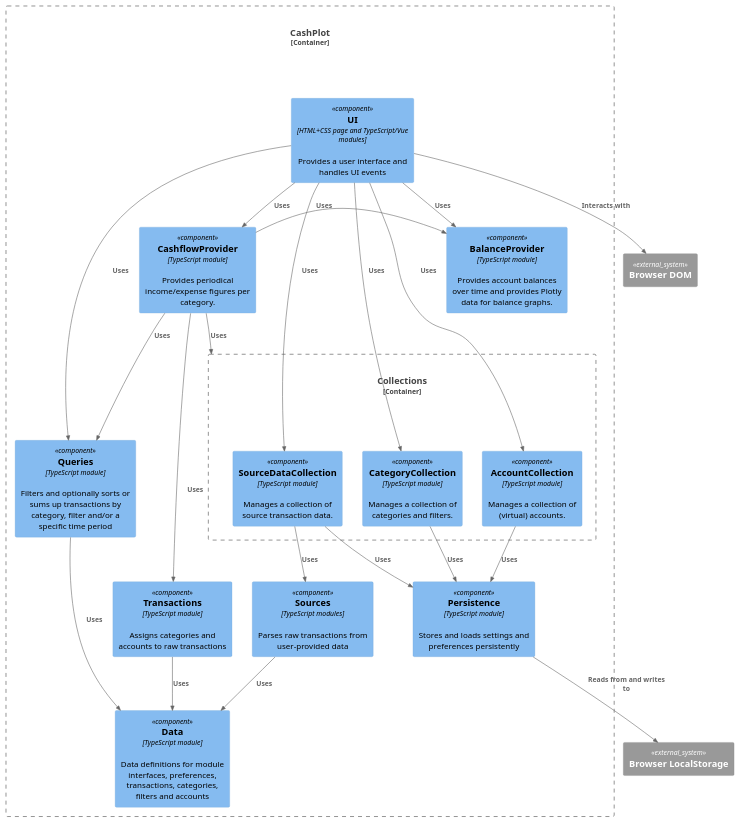
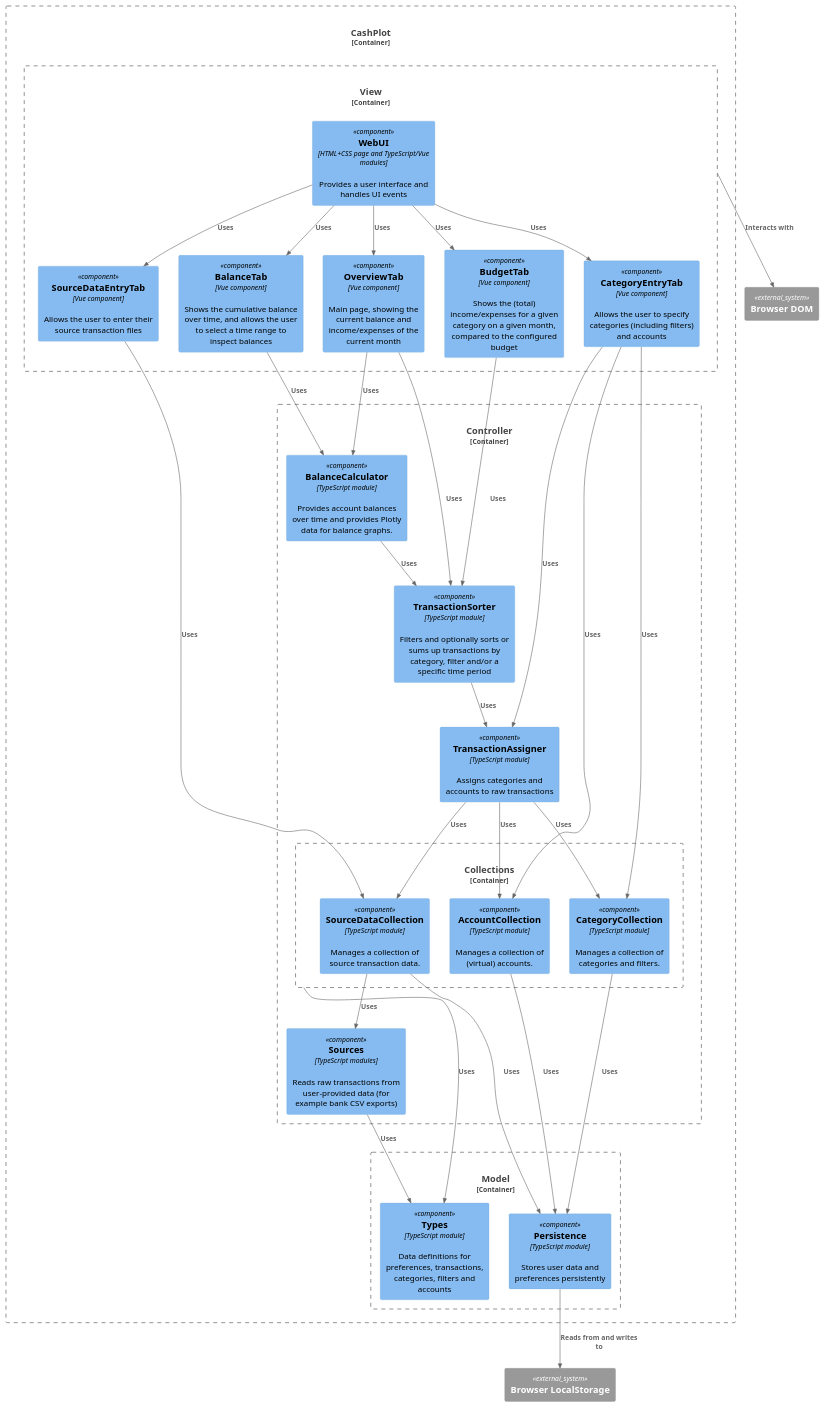
The diagram in design/ComponentDiagram.plantuml (cuiter/cashplot), drawn with PlantUML before and after one commit.

Commit message:
Refine component diagram: group components into model, view and controller, split UI into tabs, and improve transaction processing

```diff
--- a/design/ComponentDiagram.plantuml
+++ b/design/ComponentDiagram.plantuml
@@ -1,49 +1,70 @@
 @startuml
 
 !include https://raw.githubusercontent.com/plantuml-stdlib/C4-PlantUML/v2.3.0/C4_Context.puml
 !include https://raw.githubusercontent.com/plantuml-stdlib/C4-PlantUML/v2.3.0/C4_Container.puml
 !include https://raw.githubusercontent.com/plantuml-stdlib/C4-PlantUML/v2.3.0/C4_Component.puml
 
 
 Container_Boundary(cashplot_container, "CashPlot") {
-    Component(ui_component, "UI", "HTML+CSS page and TypeScript/Vue modules", "Provides a user interface and handles UI events")
-    Container_Boundary(collections_container, "Collections") {
-        Component(source_data_collection_component, "SourceDataCollection", "TypeScript module", "Manages a collection of source transaction data.")
-        Component(category_collection_component, "CategoryCollection", "TypeScript module", "Manages a collection of categories and filters.")
-        Component(account_collection_component, "AccountCollection", "TypeScript module", "Manages a collection of (virtual) accounts.")
+    Container_Boundary(view_container, "View") {
+        Component(ui_component, "WebUI", "HTML+CSS page and TypeScript/Vue modules", "Provides a user interface and handles UI events")
+        Component(overview_tab_component, "OverviewTab", "Vue component", "Main page, showing the current balance and income/expenses of the current month")
+        Component(source_data_entry_tab_component, "SourceDataEntryTab", "Vue component", "Allows the user to enter their source transaction files")
+        Component(category_entry_tab_component, "CategoryEntryTab", "Vue component", "Allows the user to specify categories (including filters) and accounts")
+        Component(budget_tab_component, "BudgetTab", "Vue component", "Shows the (total) income/expenses for a given category on a given month, compared to the configured budget")
+        Component(balance_tab_component, "BalanceTab", "Vue component", "Shows the cumulative balance over time, and allows the user to select a time range to inspect balances")
     }
-    Component(cashflow_provider_component, "CashflowProvider", "TypeScript module", "Provides periodical income/expense figures per category.")
-    Component(balance_provider_component, "BalanceProvider", "TypeScript module", "Provides account balances over time and provides Plotly data for balance graphs.")
-    Component(persistence_component, "Persistence", "TypeScript module", "Stores and loads settings and preferences persistently")
-    Component(queries_component, "Queries", "TypeScript module", "Filters and optionally sorts or sums up transactions by category, filter and/or a specific time period")
-    Component(transactions_component, "Transactions", "TypeScript module", "Assigns categories and accounts to raw transactions")
-    Component(sources_component, "Sources", "TypeScript modules", "Parses raw transactions from user-provided data")
-    Component(data_component, "Data", "TypeScript module", "Data definitions for module interfaces, preferences, transactions, categories, filters and accounts")
+    Container_Boundary(controller_container, "Controller") {
+        Container_Boundary(collections_container, "Collections") {
+            Component(source_data_collection_component, "SourceDataCollection", "TypeScript module", "Manages a collection of source transaction data.")
+            Component(category_collection_component, "CategoryCollection", "TypeScript module", "Manages a collection of categories and filters.")
+            Component(account_collection_component, "AccountCollection", "TypeScript module", "Manages a collection of (virtual) accounts.")
+        }
+        Component(balance_calculator_component, "BalanceCalculator", "TypeScript module", "Provides account balances over time and provides Plotly data for balance graphs.")
+        Component(transaction_sorter_component, "TransactionSorter", "TypeScript module", "Filters and optionally sorts or sums up transactions by category, filter and/or a specific time period")
+        Component(transaction_assigner_component, "TransactionAssigner", "TypeScript module", "Assigns categories and accounts to raw transactions")
+        Component(sources_component, "Sources", "TypeScript modules", "Reads raw transactions from user-provided data (for example bank CSV exports)")
+    }
+    Container_Boundary(model_container, "Model") {
+        Component(persistence_component, "Persistence", "TypeScript module", "Stores user data and preferences persistently")
+        Component(types_component, "Types", "TypeScript module", "Data definitions for preferences, transactions, categories, filters and accounts")
+    }
 
-    Rel(ui_component, source_data_collection_component, "Uses")
-    Rel(ui_component, category_collection_component, "Uses")
-    Rel(ui_component, account_collection_component, "Uses")
-    Rel(ui_component, cashflow_provider_component, "Uses")
-    Rel(ui_component, balance_provider_component, "Uses")
-    Rel(ui_component, queries_component, "Uses")
+    Rel(ui_component, overview_tab_component, "Uses")
+    Rel(ui_component, source_data_entry_tab_component, "Uses")
+    Rel(ui_component, category_entry_tab_component, "Uses")
+    Rel(ui_component, budget_tab_component, "Uses")
+    Rel(ui_component, balance_tab_component, "Uses")
+
+
+    Rel(source_data_entry_tab_component, source_data_collection_component, "Uses")
+    Rel(category_entry_tab_component, category_collection_component, "Uses")
+    Rel(category_entry_tab_component, account_collection_component, "Uses")
+    Rel(category_entry_tab_component, transaction_assigner_component, "Uses")
+    Rel(balance_tab_component, balance_calculator_component, "Uses")
+    Rel(budget_tab_component, transaction_sorter_component, "Uses")
+    Rel(overview_tab_component, balance_calculator_component, "Uses")
+    Rel(overview_tab_component, transaction_sorter_component, "Uses")
+
     Rel(source_data_collection_component, persistence_component, "Uses")
     Rel(source_data_collection_component, sources_component, "Uses")
     Rel(category_collection_component, persistence_component, "Uses")
     Rel(account_collection_component, persistence_component, "Uses")
-    Rel(cashflow_provider_component, collections_container, "Uses")
-    Rel(cashflow_provider_component, transactions_component, "Uses")
-    Rel(cashflow_provider_component, queries_component, "Uses")
-    Rel_R(cashflow_provider_component, balance_provider_component, "Uses")
-    Rel(queries_component, data_component, "Uses")
-    Rel(transactions_component, data_component, "Uses")
-    Rel(sources_component, data_component, "Uses")
+    Rel(transaction_sorter_component, transaction_assigner_component, "Uses")
+    Rel(transaction_assigner_component, source_data_collection_component, "Uses")
+    Rel(transaction_assigner_component, category_collection_component, "Uses")
+    Rel(transaction_assigner_component, account_collection_component, "Uses")
+    Rel(balance_calculator_component, transaction_sorter_component, "Uses")
+
+    Rel(collections_container, types_component, "Uses")
+    Rel(sources_component, types_component, "Uses")
 }
 
 System_Ext(browser_dom, "Browser DOM")
 System_Ext(browser_localstorage, "Browser LocalStorage")
 
-Rel(ui_component, browser_dom, "Interacts with")
+Rel(view_container, browser_dom, "Interacts with")
 Rel(persistence_component, browser_localstorage, "Reads from and writes to")
 
 
 @enduml
```
